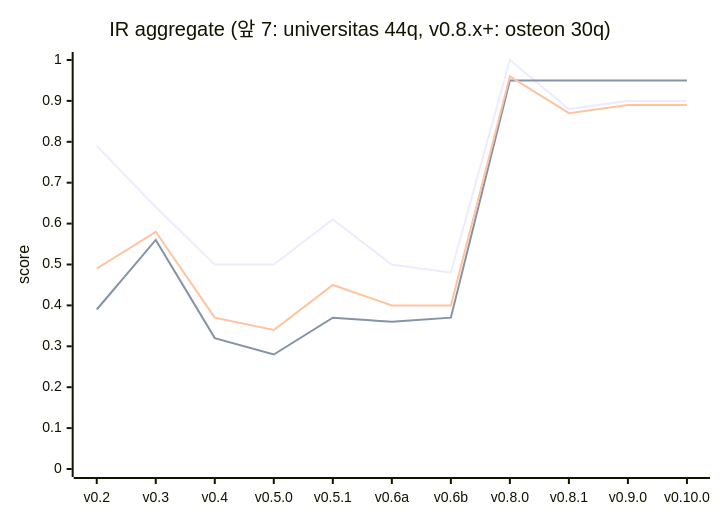
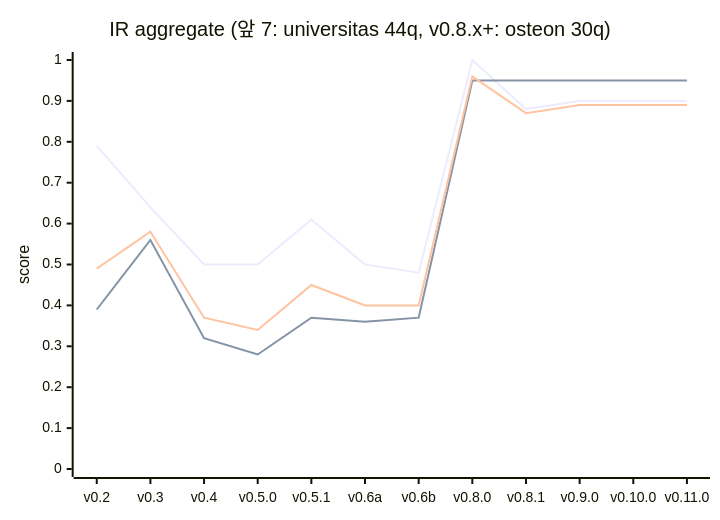
Before and after one commit to tojiuni/gopedia: the diagram in doc/rag-test-reports/README.md, drawn with Mermaid. The commit also changed other lines of this file and 3 other files, not shown here.

````diff
--- a/doc/rag-test-reports/README.md
+++ b/doc/rag-test-reports/README.md
@@ -104,9 +104,9 @@
 ```mermaid
 xychart-beta
     title "IR aggregate (앞 7: universitas 44q, v0.8.x+: osteon 30q)"
-    x-axis [v0.2, v0.3, v0.4, "v0.5.0", "v0.5.1", "v0.6a", "v0.6b", "v0.8.0", "v0.8.1", "v0.9.0", "v0.10.0"]
+    x-axis [v0.2, v0.3, v0.4, "v0.5.0", "v0.5.1", "v0.6a", "v0.6b", "v0.8.0", "v0.8.1", "v0.9.0", "v0.10.0", "v0.11.0"]
     y-axis "score" 0.0 --> 1.0
-    line [0.79, 0.64, 0.50, 0.50, 0.61, 0.50, 0.48, 1.00, 0.88, 0.90, 0.90]
-    line [0.39, 0.56, 0.32, 0.28, 0.37, 0.36, 0.37, 0.95, 0.95, 0.95, 0.95]
-    line [0.49, 0.58, 0.37, 0.34, 0.45, 0.40, 0.40, 0.96, 0.87, 0.89, 0.89]
+    line [0.79, 0.64, 0.50, 0.50, 0.61, 0.50, 0.48, 1.00, 0.88, 0.90, 0.90, 0.90]
+    line [0.39, 0.56, 0.32, 0.28, 0.37, 0.36, 0.37, 0.95, 0.95, 0.95, 0.95, 0.95]
+    line [0.49, 0.58, 0.37, 0.34, 0.45, 0.40, 0.40, 0.96, 0.87, 0.89, 0.89, 0.89]
 ```
````
